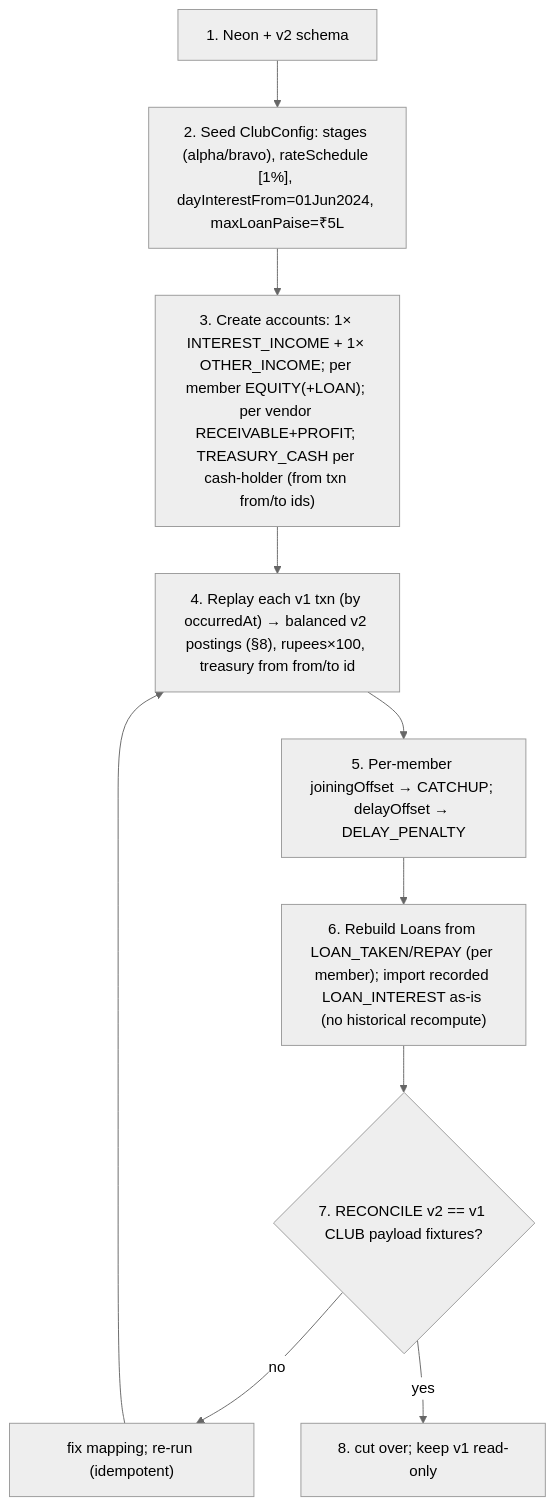
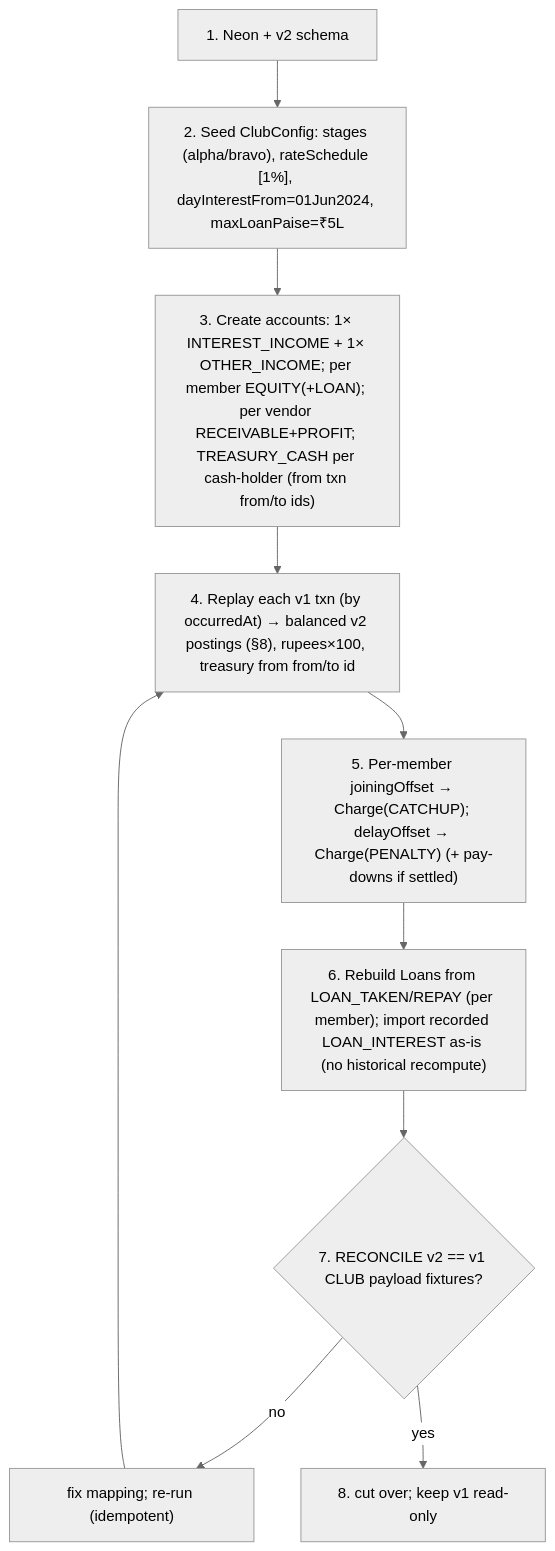
One commit to iam-hussain/peacock changed the seventh of 7 diagrams in docs/IMPLEMENTATION_PLAN.md. Above: the diagram before and after it, drawn with Mermaid (neutral theme). The commit also changed other lines of this file and 4 other files, not shown here.

````diff
--- a/docs/IMPLEMENTATION_PLAN.md
+++ b/docs/IMPLEMENTATION_PLAN.md
@@ -1321,11 +1371,11 @@
 ```mermaid
 flowchart TD
   S1["1. Neon + v2 schema"] --> S2["2. Seed ClubConfig: stages (alpha/bravo), rateSchedule [1%], dayInterestFrom=01Jun2024, maxLoanPaise=₹5L"]
   S2 --> S3["3. Create accounts: 1× INTEREST_INCOME + 1× OTHER_INCOME; per member EQUITY(+LOAN); per vendor RECEIVABLE+PROFIT; TREASURY_CASH per cash-holder (from txn from/to ids)"]
   S3 --> S4["4. Replay each v1 txn (by occurredAt) → balanced v2 postings (§8), rupees×100, treasury from from/to id"]
-  S4 --> S5["5. Per-member joiningOffset → CATCHUP; delayOffset → DELAY_PENALTY"]
+  S4 --> S5["5. Per-member joiningOffset → Charge(CATCHUP); delayOffset → Charge(PENALTY) (+ pay-downs if settled)"]
   S5 --> S6["6. Rebuild Loans from LOAN_TAKEN/REPAY (per member); import recorded LOAN_INTEREST as-is (no historical recompute)"]
   S6 --> S7{"7. RECONCILE v2 == v1 CLUB payload fixtures?"}
   S7 -->|no| S8["fix mapping; re-run (idempotent)"] --> S4
   S7 -->|yes| S9["8. cut over; keep v1 read-only"]
 ```
````
